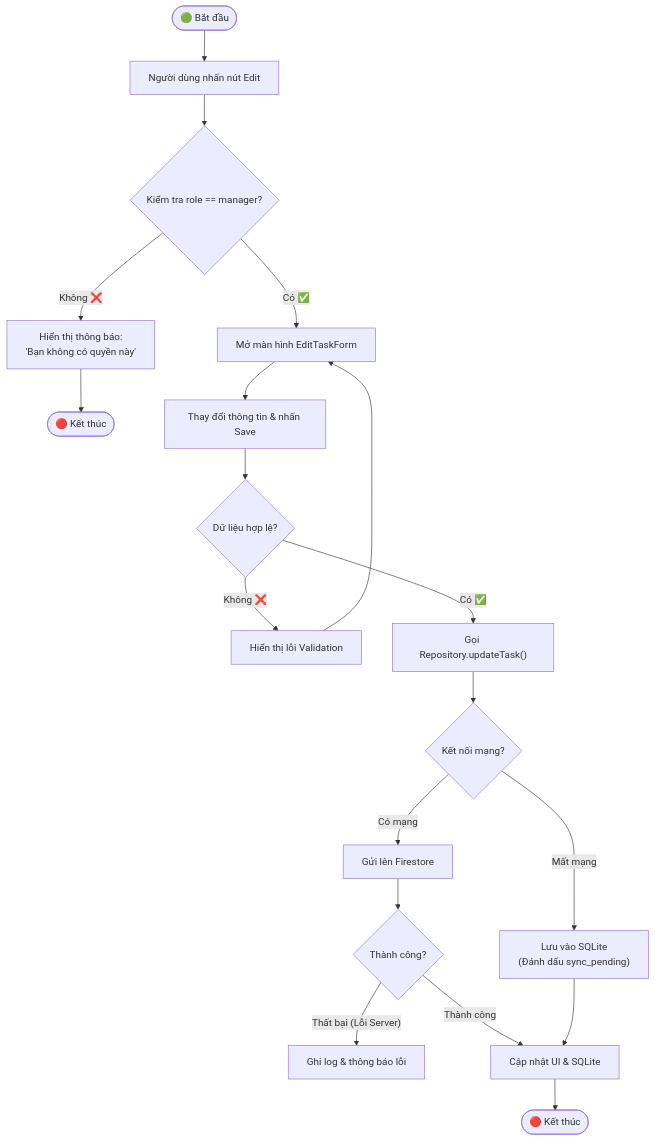
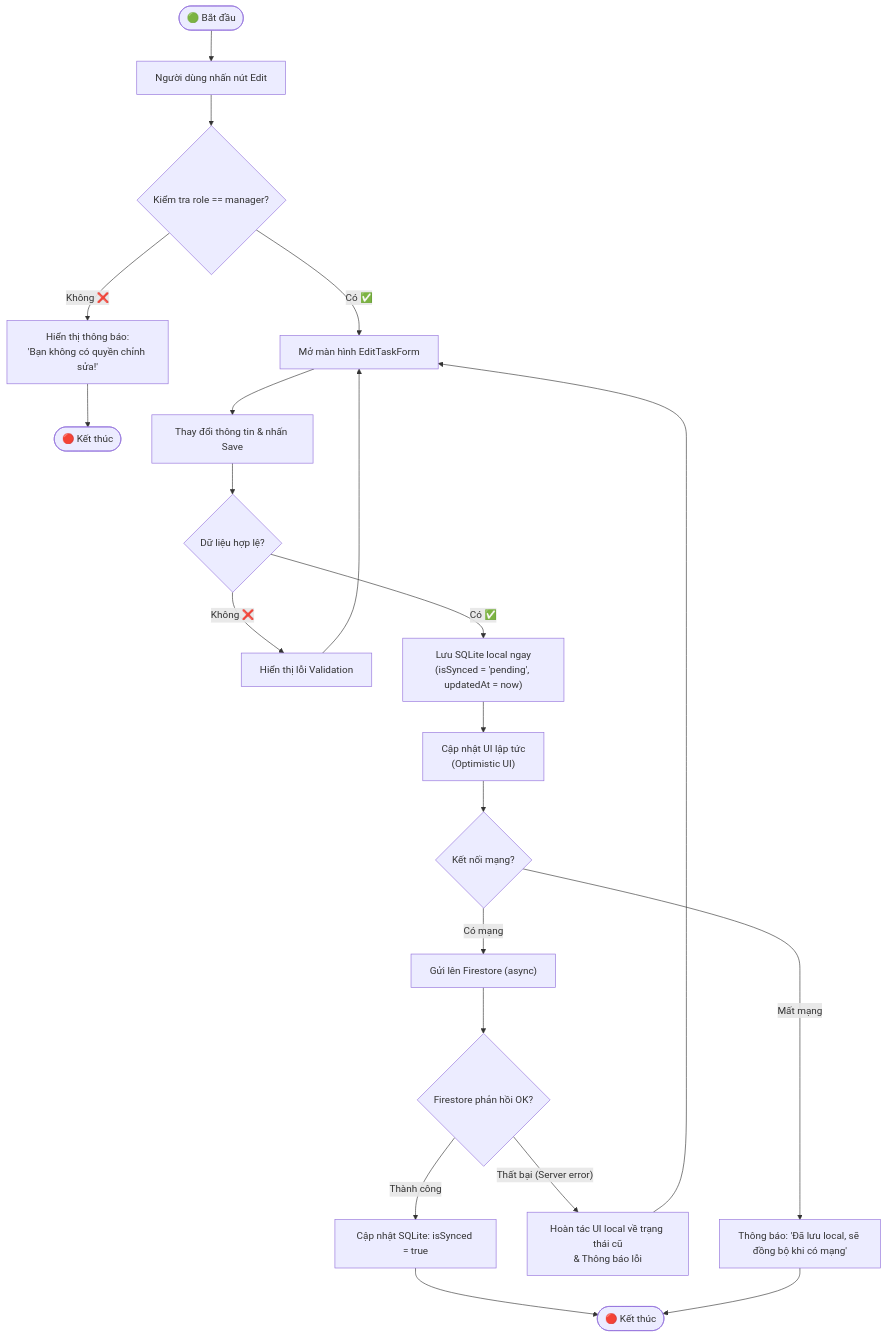
One commit to ttt-huong/TaskFlow_Huong_Thuong_Cuong_N03_1_2026 changed the eighth of 19 diagrams in docs/uml_va_luong_hoat_dong.md. Above: the diagram before and after it, drawn with Mermaid. The commit also changed other lines of this file and 15 other files, not shown here.

Commit message:
feat & fix: Ket noi Firebase, hoan thien luong du lieu Dual Storage (SQLite + Firestore) va sua loi trong assigneeName, assigneeAvatar

````diff
--- a/docs/uml_va_luong_hoat_dong.md
+++ b/docs/uml_va_luong_hoat_dong.md
@@ -280,25 +286,29 @@
 ```mermaid
 flowchart TD
     A(["🟢 Bắt đầu"]) --> B["Người dùng nhấn nút Edit"]
     B --> C{"Kiểm tra role == manager?"}
-    C -- "Không ❌" --> D["Hiển thị thông báo:\n'Bạn không có quyền này'"]
+    C -- "Không ❌" --> D["Hiển thị thông báo:\n'Bạn không có quyền chỉnh sửa!'"]
     D --> E(["🔴 Kết thúc"])
     
     C -- "Có ✅" --> F["Mở màn hình EditTaskForm"]
     F --> G["Thay đổi thông tin & nhấn Save"]
     G --> H{"Dữ liệu hợp lệ?"}
     H -- "Không ❌" --> I["Hiển thị lỗi Validation"]
     I --> F
     
-    H -- "Có ✅" --> J["Gọi Repository.updateTask()"]
-    J --> K{"Kết nối mạng?"}
-    K -- "Mất mạng" --> L["Lưu vào SQLite\n(Đánh dấu sync_pending)"]
-    K -- "Có mạng" --> M["Gửi lên Firestore"]
+    H -- "Có ✅" --> J["Lưu SQLite local ngay\n(isSynced = 'pending', updatedAt = now)"]
+    J --> K["Cập nhật UI lập tức\n(Optimistic UI)"]
     
-    M --> N{"Thành công?"}
-    N -- "Thất bại (Lỗi Server)" --> O["Ghi log & thông báo lỗi"]
-    N -- "Thành công" --> P["Cập nhật UI & SQLite"]
+    K --> L{"Kết nối mạng?"}
+    L -- "Có mạng" --> M["Gửi lên Firestore (async)"]
+    M --> N{"Firestore phản hồi OK?"}
     
-    L --> P
-    P --> Q(["🔴 Kết thúc"])
+    N -- "Thành công" --> O_OK["Cập nhật SQLite: isSynced = true"]
+    O_OK --> P(["🔴 Kết thúc"])
+    
+    N -- "Thất bại (Server error)" --> O_FAIL["Hoàn tác UI local về trạng thái cũ\n& Thông báo lỗi"]
+    O_FAIL --> F
+    
+    L -- "Mất mạng" --> P_OFF["Thông báo: 'Đã lưu local, sẽ đồng bộ khi có mạng'"]
+    P_OFF --> P
 ```
````
